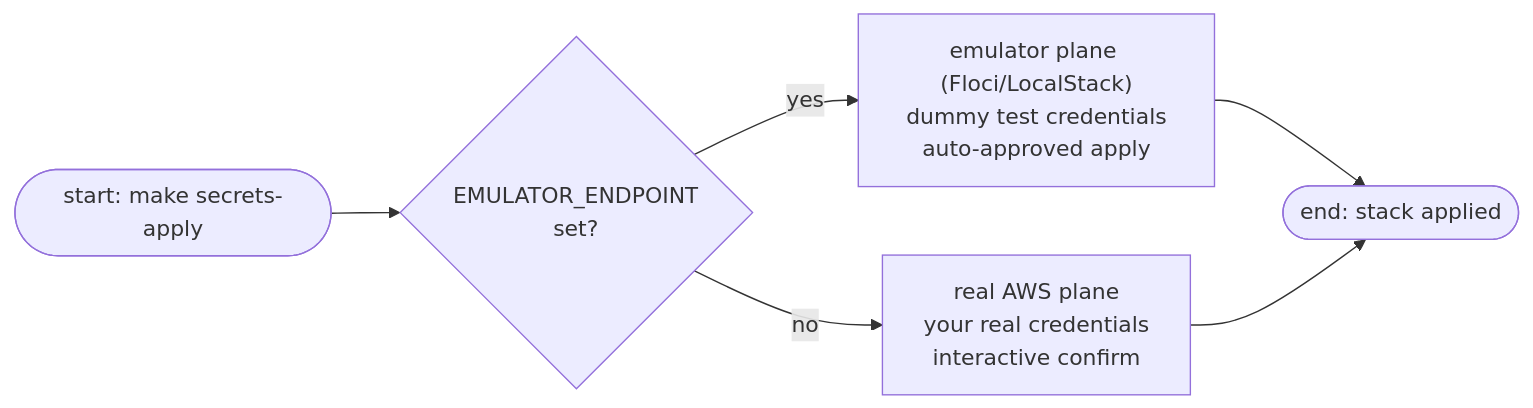
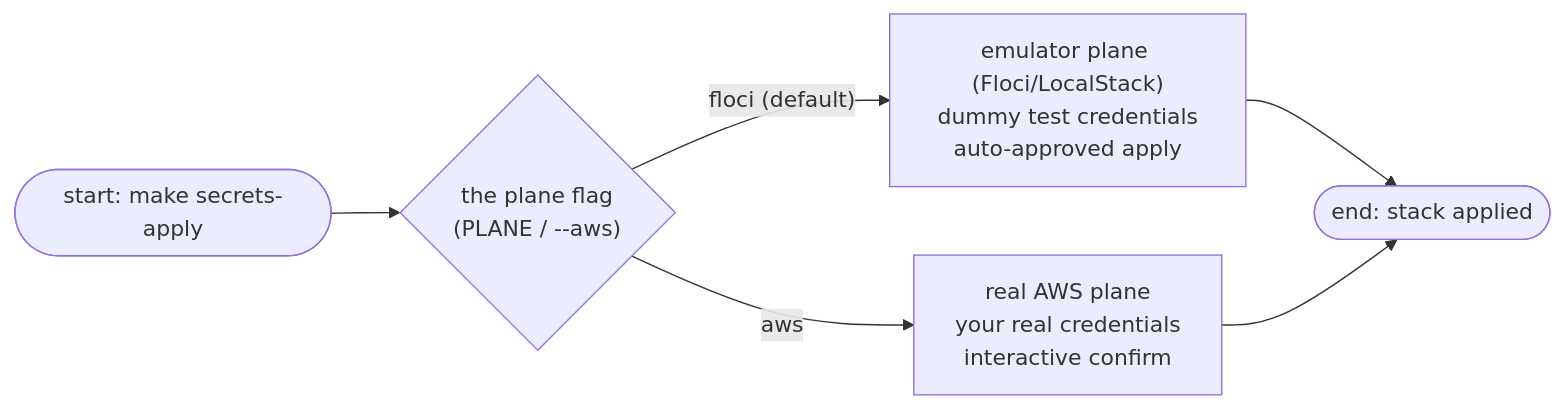
The second of 3 diagrams in services/document-parser/docs/guides/infrastructure.md (kunalPisolkar24/detectAI), drawn with Mermaid before and after one commit. The commit also changed other lines of this file and 14 other files, not shown here.

````diff
--- a/services/document-parser/docs/guides/infrastructure.md
+++ b/services/document-parser/docs/guides/infrastructure.md
@@ -41,8 +41,8 @@
 ```mermaid
 graph LR
-    START(["start: make secrets-apply"]) --> SEL{"EMULATOR_ENDPOINT<br/>set?"}
-    SEL -->|"yes"| EMU["emulator plane (Floci/LocalStack)<br/>dummy test credentials<br/>auto-approved apply"]
-    SEL -->|"no"| REAL["real AWS plane<br/>your real credentials<br/>interactive confirm"]
+    START(["start: make secrets-apply"]) --> FLAG{"the plane flag<br/>(PLANE / --aws)"}
+    FLAG -->|"floci (default)"| EMU["emulator plane (Floci/LocalStack)<br/>dummy test credentials<br/>auto-approved apply"]
+    FLAG -->|"aws"| REAL["real AWS plane<br/>your real credentials<br/>interactive confirm"]
     EMU --> END(["end: stack applied"])
     REAL --> END
 ```
````
